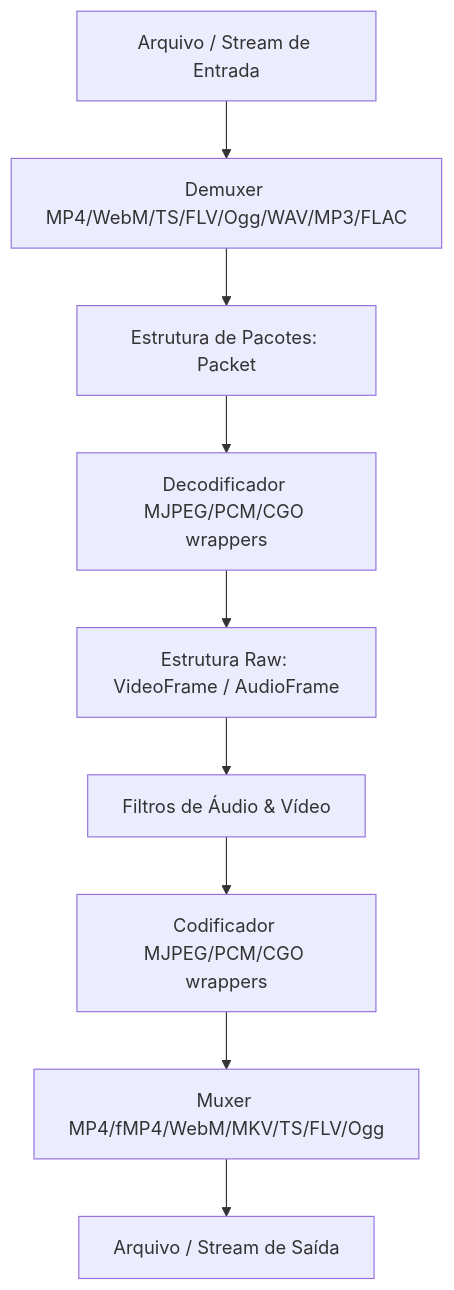
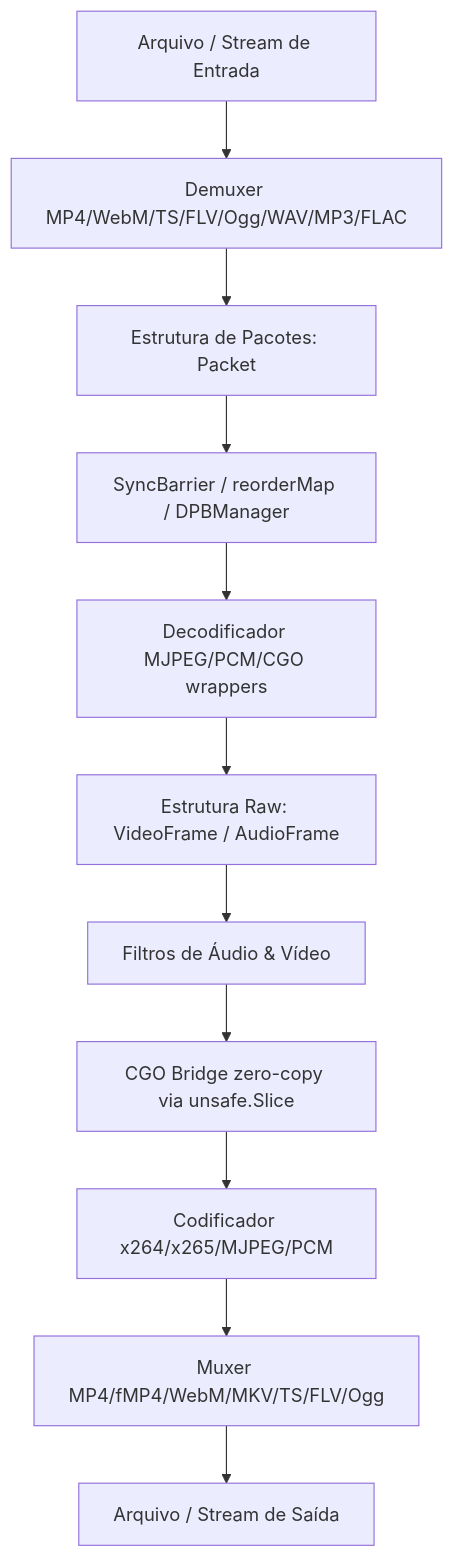
Before and after one commit to MrJc01/cromedia: the diagram in documentacao/arquitetura.md, drawn with Mermaid. The commit also changed other lines of this file and 6 other files, not shown here.

Commit message:
docs: update and expand technical documentation for Fluent API, CLI usage, and architectural improvements while removing redundant project roadmap.

````diff
--- a/documentacao/arquitetura.md
+++ b/documentacao/arquitetura.md
@@ -11,11 +11,13 @@
 ```mermaid
 graph TD
     Input[Arquivo / Stream de Entrada] --> Demux[Demuxer MP4/WebM/TS/FLV/Ogg/WAV/MP3/FLAC]
     Demux --> Packet[Estrutura de Pacotes: Packet]
-    Packet --> Dec[Decodificador MJPEG/PCM/CGO wrappers]
+    Packet --> Sync[SyncBarrier / reorderMap / DPBManager]
+    Sync --> Dec[Decodificador MJPEG/PCM/CGO wrappers]
     Dec --> Frame[Estrutura Raw: VideoFrame / AudioFrame]
     Frame --> Filter[Filtros de Áudio & Vídeo]
-    Filter --> Enc[Codificador MJPEG/PCM/CGO wrappers]
+    Filter --> CGO[CGO Bridge zero-copy via unsafe.Slice]
+    CGO --> Enc[Codificador x264/x265/MJPEG/PCM]
     Enc --> Mux[Muxer MP4/fMP4/WebM/MKV/TS/FLV/Ogg]
     Mux --> Output[Arquivo / Stream de Saída]
 ```
````
